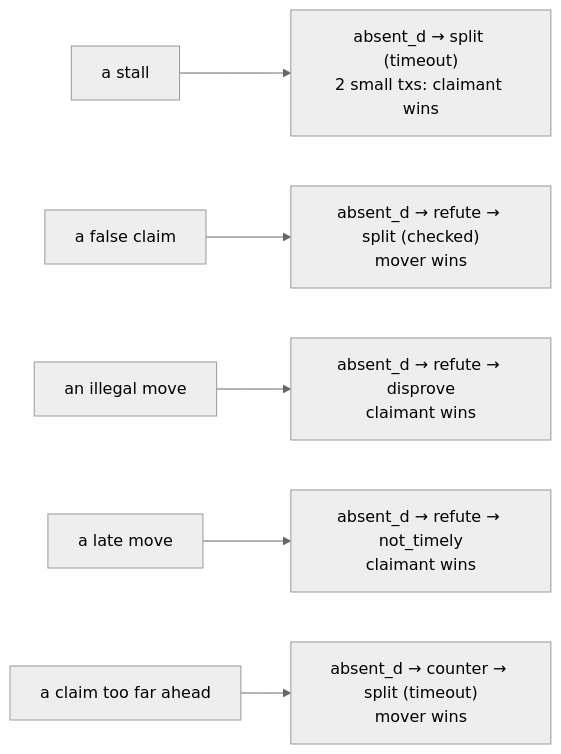
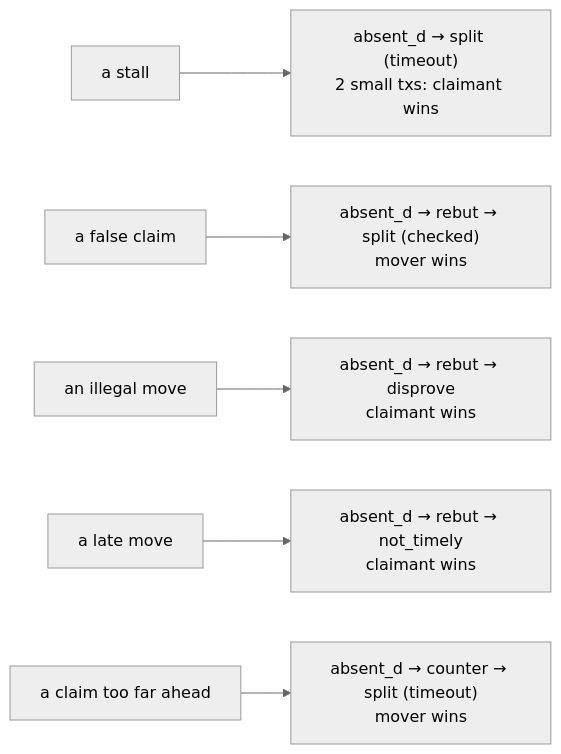
One commit to AdamISZ/ln-gap changed the third of 3 diagrams in docs/presigned-graph.md. Above: the diagram before and after it, drawn with Mermaid (neutral theme). The commit also changed other lines of this file and 86 other files, not shown here.

First line of the commit message:
Rename "refute"/"refutation" to "rebut"/"rebuttal" throughout

````diff
--- a/docs/presigned-graph.md
+++ b/docs/presigned-graph.md
@@ -150,8 +150,8 @@
 ```mermaid
 flowchart LR
     S1["a stall"] --> X1["absent_d → split (timeout)<br/>2 small txs: claimant wins"]
-    S2["a false claim"] --> X2["absent_d → refute → split (checked)<br/>mover wins"]
-    S3["an illegal move"] --> X3["absent_d → refute → disprove<br/>claimant wins"]
-    S4["a late move"] --> X4["absent_d → refute → not_timely<br/>claimant wins"]
+    S2["a false claim"] --> X2["absent_d → rebut → split (checked)<br/>mover wins"]
+    S3["an illegal move"] --> X3["absent_d → rebut → disprove<br/>claimant wins"]
+    S4["a late move"] --> X4["absent_d → rebut → not_timely<br/>claimant wins"]
     S5["a claim too far ahead"] --> X5["absent_d → counter → split (timeout)<br/>mover wins"]
 ```
````
